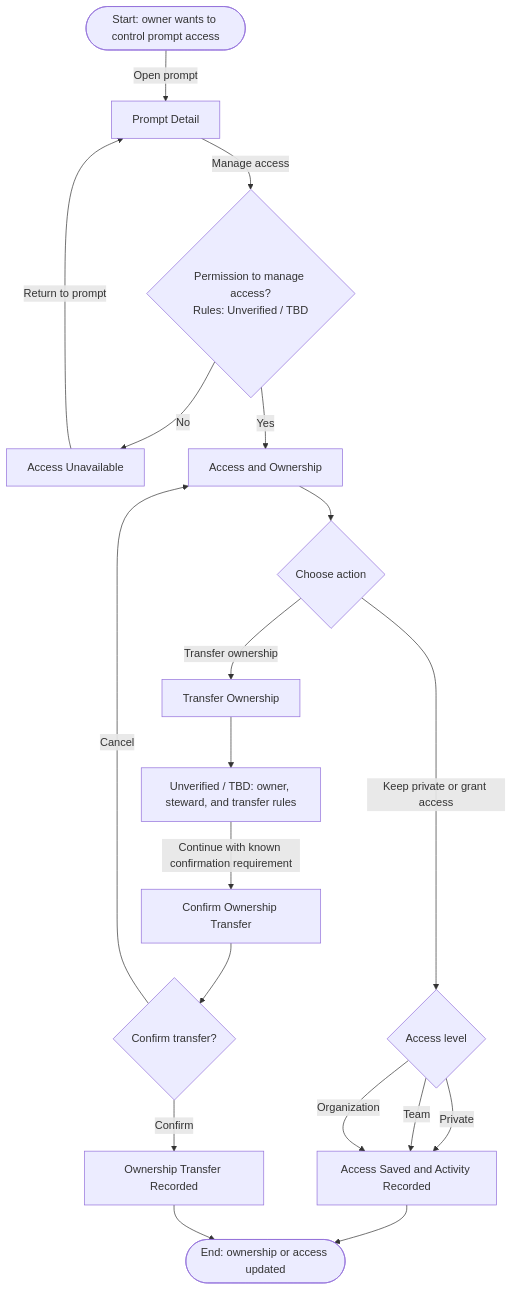
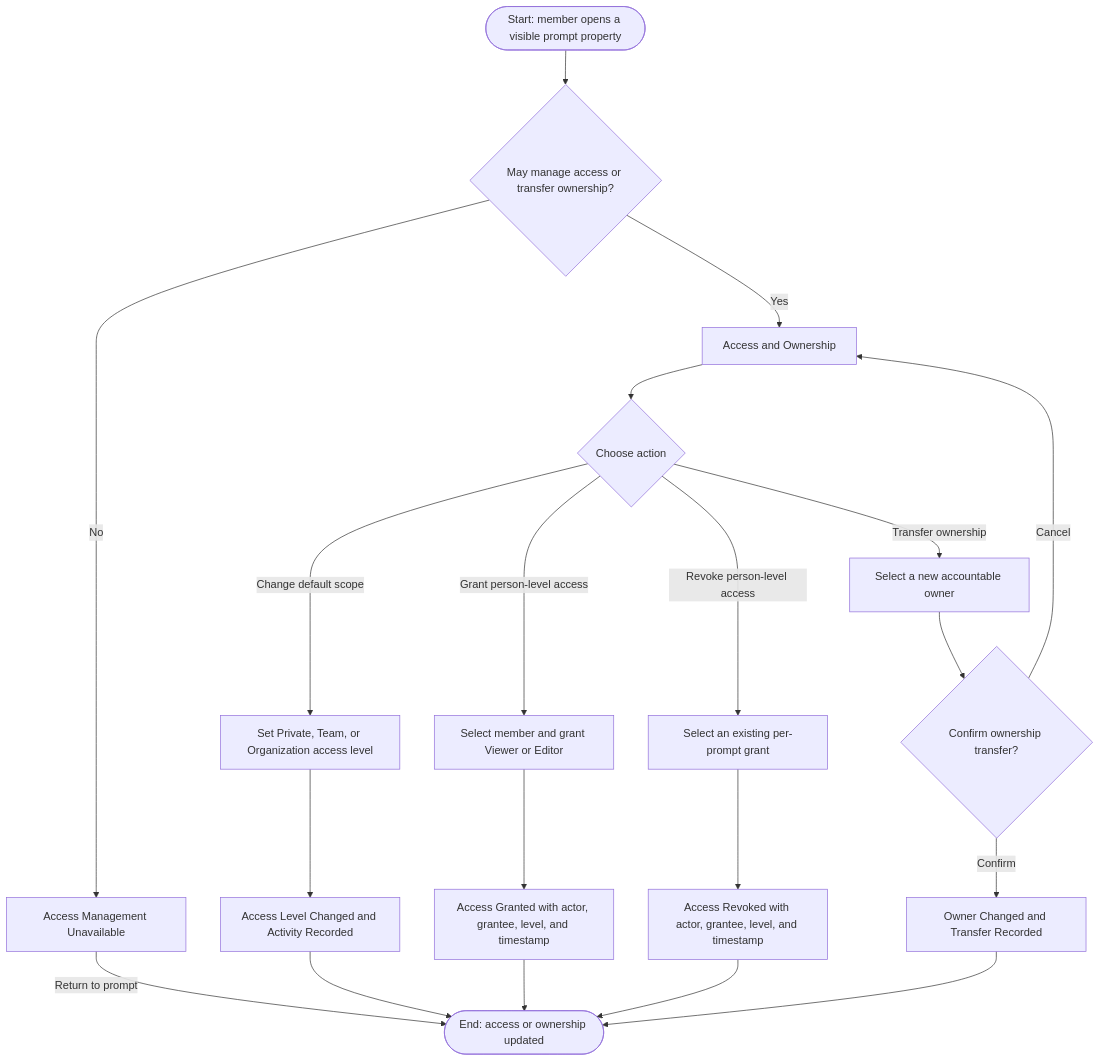
One commit to ngohuunghia-123/Prope_Prompt_Versioning changed the diagram in docs/user-flows/04-manage-ownership-access.mmd. Above: the diagram before and after it, drawn with Mermaid. The commit also changed 9 other files, not shown here.

```diff
--- a/docs/user-flows/04-manage-ownership-access.mmd
+++ b/docs/user-flows/04-manage-ownership-access.mmd
@@ -1,36 +1,44 @@
 flowchart TD
-    %% Sources: prope_source_of_truth.md Insight 6, 10.6, S3, H-06, open questions; business-analysis.md FR-01/NFR-01.
+    %% Sources: brainstorm/00_context.md Constraints, A-007, A-111, A-112, A-115,
+    %% A-118 and access-control.lock.yml.
 
-    start([Start: owner wants to control prompt access])
-    detail[Prompt Detail]
-    permission{Permission to manage access?\nRules: Unverified / TBD}
-    denied[Access Unavailable]
-    access[Access and Ownership]
+    start([Start: member opens a visible prompt property])
+    permission{May manage access or transfer ownership?}
+    denied[Access Management Unavailable]
+    workspace[Access and Ownership]
     action{Choose action}
-    level{Access level}
-    saved[Access Saved and Activity Recorded]
-    transfer[Transfer Ownership]
-    confirm[Confirm Ownership Transfer]
-    confirmed{Confirm transfer?}
-    transferred[Ownership Transfer Recorded]
-    ownership_tbd[Unverified / TBD: owner, steward, and transfer rules]
-    updated_end([End: ownership or access updated])
 
-    start -->|Open prompt| detail
-    detail -->|Manage access| permission
+    scope[Set Private, Team, or Organization access level]
+    grant[Select member and grant Viewer or Editor]
+    revoke[Select an existing per-prompt grant]
+    transfer[Select a new accountable owner]
+    confirm{Confirm ownership transfer?}
+
+    scope_saved[Access Level Changed and Activity Recorded]
+    granted[Access Granted with actor, grantee, level, and timestamp]
+    revoked[Access Revoked with actor, grantee, level, and timestamp]
+    transferred[Owner Changed and Transfer Recorded]
+    end_updated([End: access or ownership updated])
+
+    start --> permission
     permission -->|No| denied
-    denied -->|Return to prompt| detail
-    permission -->|Yes| access
-    access --> action
-    action -->|Keep private or grant access| level
-    level -->|Private| saved
-    level -->|Team| saved
-    level -->|Organization| saved
-    saved --> updated_end
+    denied -->|Return to prompt| end_updated
+    permission -->|Yes| workspace
+    workspace --> action
+    action -->|Change default scope| scope
+    scope --> scope_saved
+    scope_saved --> end_updated
+    action -->|Grant person-level access| grant
+    grant --> granted
+    granted --> end_updated
+    action -->|Revoke person-level access| revoke
+    revoke --> revoked
+    revoked --> end_updated
     action -->|Transfer ownership| transfer
-    transfer --> ownership_tbd
-    ownership_tbd -->|Continue with known confirmation requirement| confirm
-    confirm --> confirmed
-    confirmed -->|Cancel| access
-    confirmed -->|Confirm| transferred
-    transferred --> updated_end
+    transfer --> confirm
+    confirm -->|Cancel| workspace
+    confirm -->|Confirm| transferred
+    transferred --> end_updated
+
+    %% Viewer may read; Editor may also create revisions and edit eval suites.
+    %% A per-prompt grant never confers approve, release, withdraw, or break-glass permission.
```
